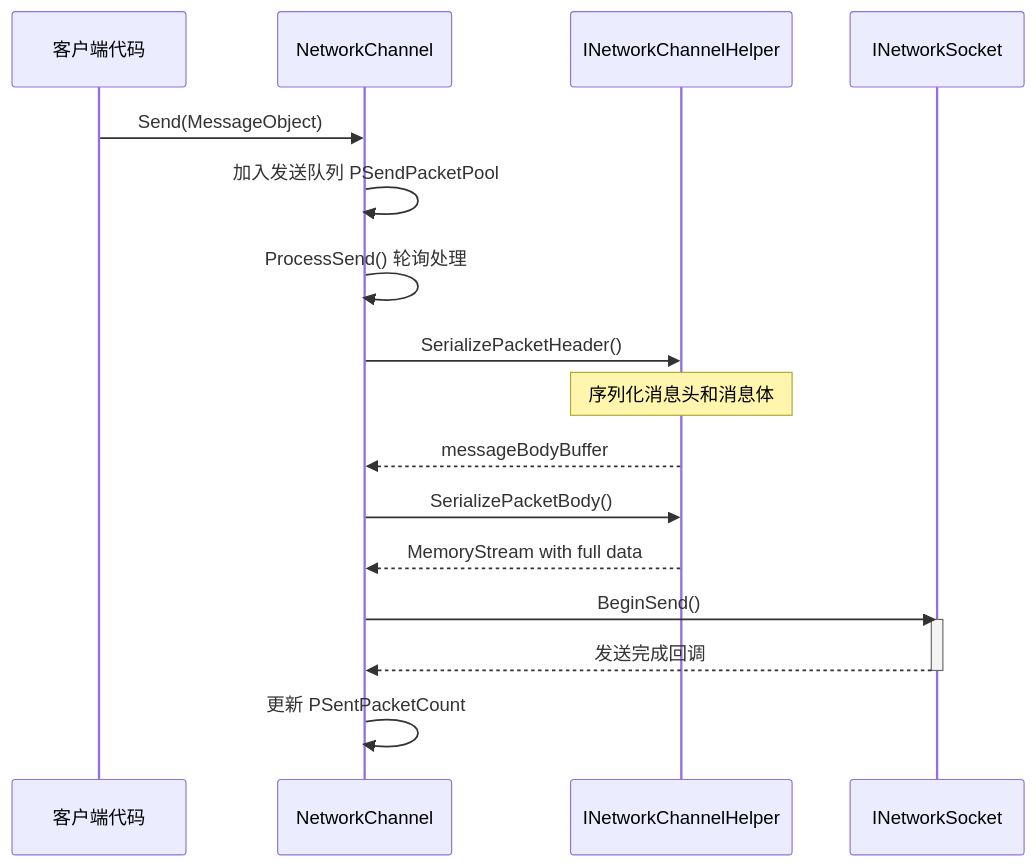
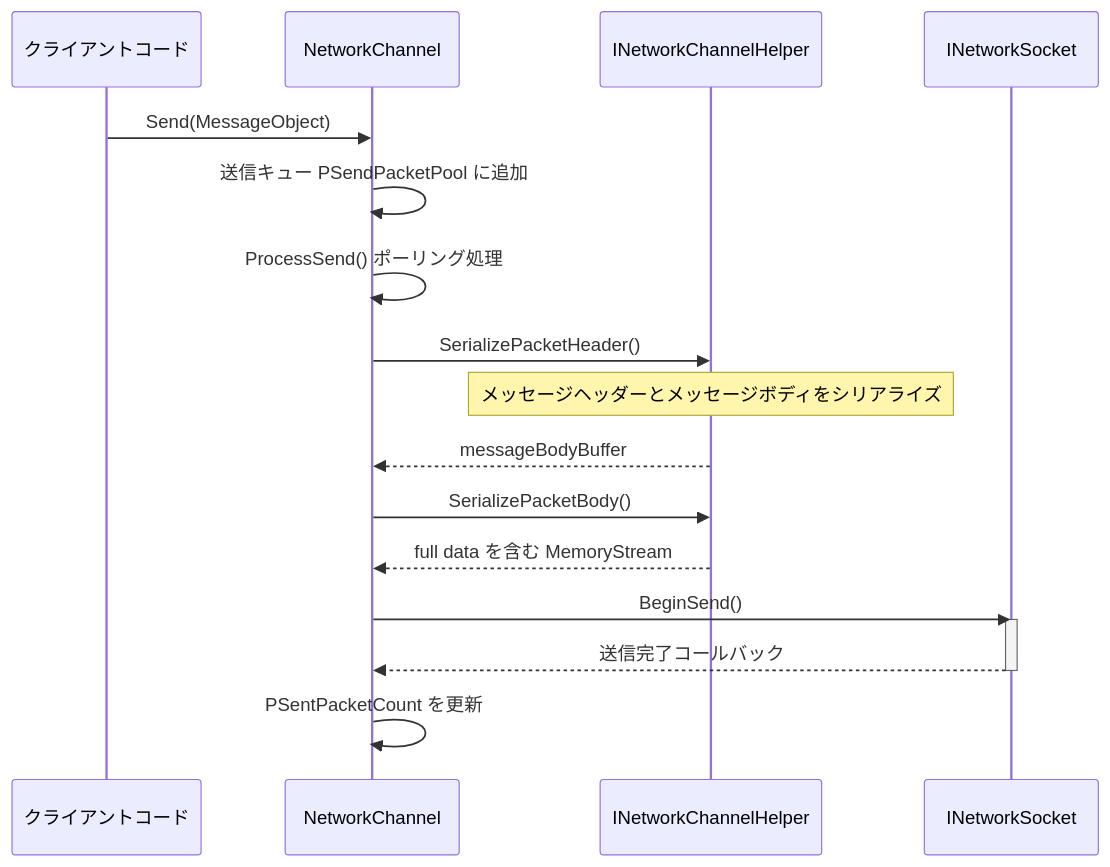
Before and after one commit to AlianBlank/GameFrameX.Docs: the second of 4 diagrams in docs/ja/client/unity/component/network/05.network-channel.md, drawn with Mermaid. The commit also changed other lines of this file and 320 other files, not shown here.

````diff
--- a/docs/ja/client/unity/component/network/05.network-channel.md
+++ b/docs/ja/client/unity/component/network/05.network-channel.md
@@ -102,21 +102,21 @@
 ```mermaid
 sequenceDiagram
-    participant Client as 客户端代码
+    participant Client as クライアントコード
     participant Channel as NetworkChannel
     participant Helper as INetworkChannelHelper
     participant Socket as INetworkSocket
     
     Client->>Channel: Send(MessageObject)
-    Channel->>Channel: 加入发送队列 PSendPacketPool
-    Channel->>Channel: ProcessSend() 轮询处理
+    Channel->>Channel: 送信キュー PSendPacketPool に追加
+    Channel->>Channel: ProcessSend() ポーリング処理
     Channel->>Helper: SerializePacketHeader()
-    Note over Helper: 序列化消息头和消息体
+    Note over Helper: メッセージヘッダーとメッセージボディをシリアライズ
     Helper-->>Channel: messageBodyBuffer
     Channel->>Helper: SerializePacketBody()
-    Helper-->>Channel: MemoryStream with full data
+    Helper-->>Channel: full data を含む MemoryStream
     Channel->>Socket: BeginSend()
     activate Socket
-    Socket-->>Channel: 发送完成回调
+    Socket-->>Channel: 送信完了コールバック
     deactivate Socket
-    Channel->>Channel: 更新 PSentPacketCount
+    Channel->>Channel: PSentPacketCount を更新
 ```
````
